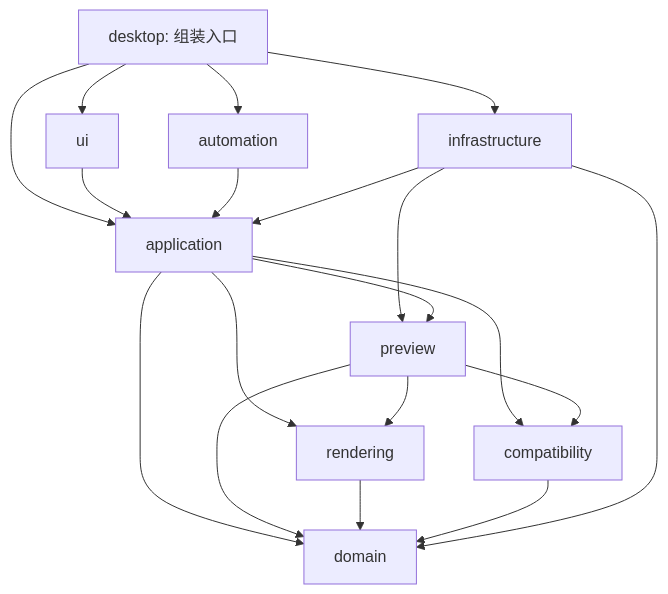
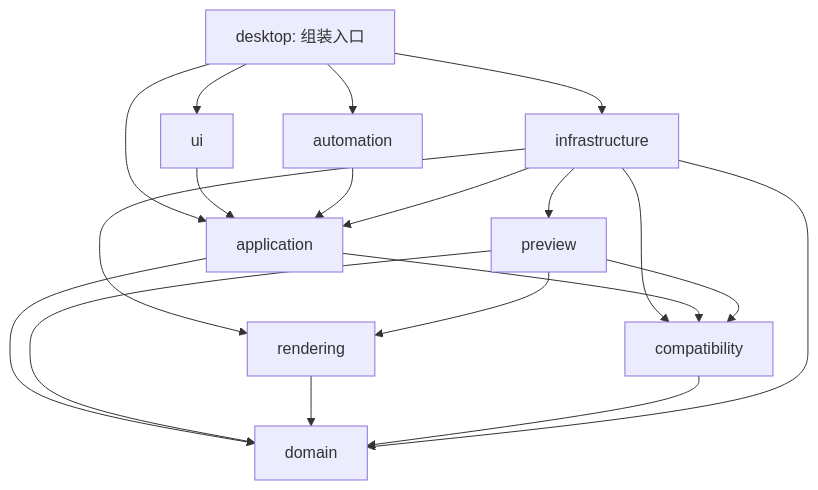
Before and after one commit to sumiyuki727/skin-editor: the first of 2 diagrams in docs/ARCHITECTURE.md, drawn with Mermaid. The commit also changed other lines of this file and 14 other files, not shown here.

````diff
--- a/docs/ARCHITECTURE.md
+++ b/docs/ARCHITECTURE.md
@@ -27,21 +27,21 @@
 ```mermaid
 flowchart TD
   Desktop[desktop: 组装入口] --> UI[ui]
   Desktop --> Automation[automation]
   Desktop --> Infrastructure[infrastructure]
   Desktop --> Application[application]
   UI --> Application
   Automation --> Application
   Infrastructure --> Application
   Infrastructure --> Preview[preview]
-  Application --> Preview
-  Application --> Rendering[rendering]
+  Infrastructure --> Rendering[rendering]
+  Infrastructure --> Compatibility[compatibility]
   Application --> Compatibility[compatibility]
   Application --> Domain[domain]
   Preview --> Rendering
   Preview --> Compatibility
   Preview --> Domain
   Rendering --> Domain
   Compatibility --> Domain
   Infrastructure --> Domain
 ```
````
